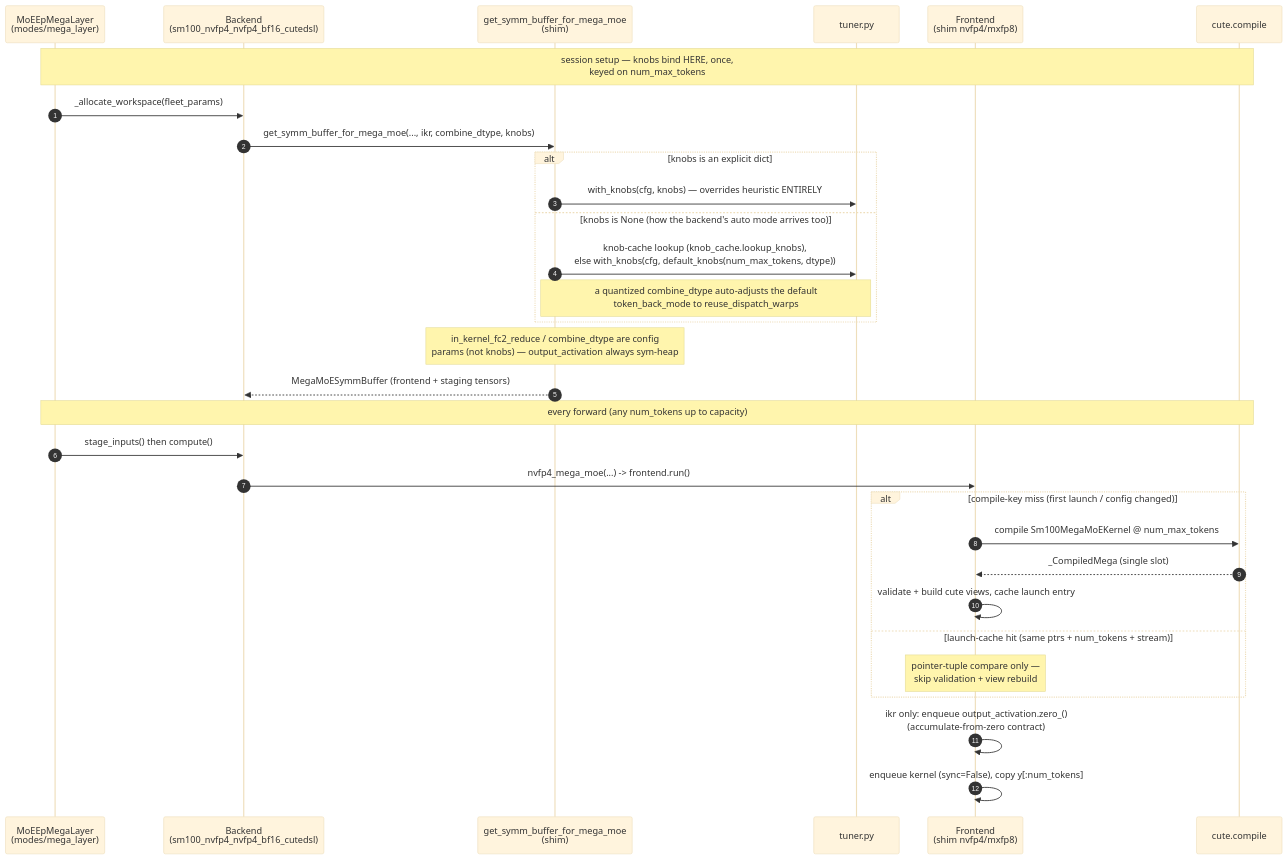
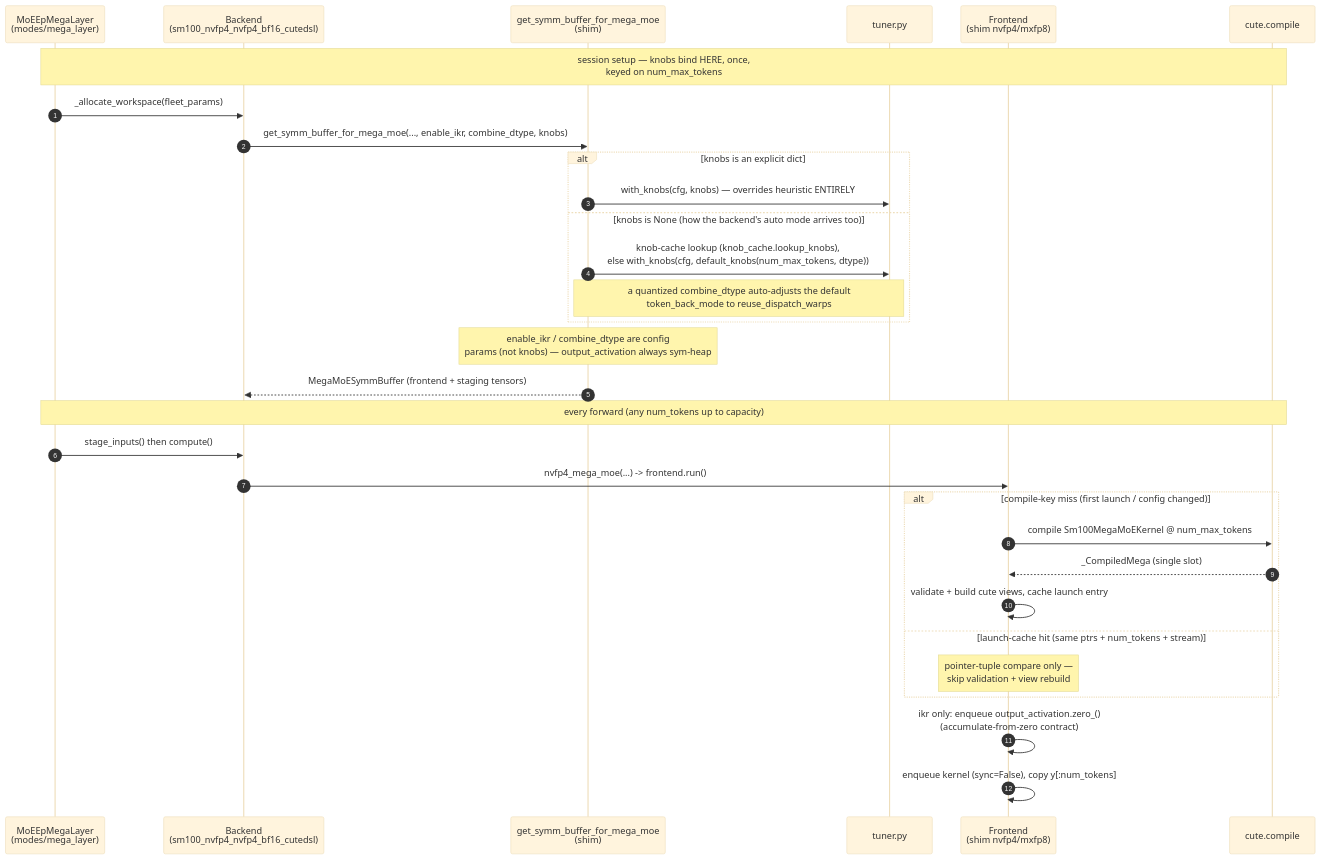
The first of 2 diagrams in flashinfer/moe_ep/kernel_src/cutedsl_megamoe/TUNING.md (flashinfer-ai/flashinfer), drawn with Mermaid (base theme) before and after one commit. The commit also changed other lines of this file and 42 other files, not shown here.

````diff
--- a/flashinfer/moe_ep/kernel_src/cutedsl_megamoe/TUNING.md
+++ b/flashinfer/moe_ep/kernel_src/cutedsl_megamoe/TUNING.md
@@ -396,35 +404,35 @@
 ```mermaid
 sequenceDiagram
     autonumber
     participant L as MoEEpMegaLayer<br/>(modes/mega_layer)
     participant B as Backend<br/>(sm100_nvfp4_nvfp4_bf16_cutedsl)
     participant S as get_symm_buffer_for_mega_moe<br/>(shim)
     participant T as tuner.py
     participant F as Frontend<br/>(shim nvfp4/mxfp8)
     participant C as cute.compile
 
     Note over L,C: session setup — knobs bind HERE, once,<br/>keyed on num_max_tokens
     L->>B: _allocate_workspace(fleet_params)
-    B->>S: get_symm_buffer_for_mega_moe(..., ikr, combine_dtype, knobs)
+    B->>S: get_symm_buffer_for_mega_moe(..., enable_ikr, combine_dtype, knobs)
     alt knobs is an explicit dict
         S->>T: with_knobs(cfg, knobs) — overrides heuristic ENTIRELY
     else knobs is None (how the backend's auto mode arrives too)
         S->>T: knob-cache lookup (knob_cache.lookup_knobs),<br/>else with_knobs(cfg, default_knobs(num_max_tokens, dtype))
         Note over S,T: a quantized combine_dtype auto-adjusts the default<br/>token_back_mode to reuse_dispatch_warps
     end
-    Note over S: in_kernel_fc2_reduce / combine_dtype are config<br/>params (not knobs) — output_activation always sym-heap
+    Note over S: enable_ikr / combine_dtype are config<br/>params (not knobs) — output_activation always sym-heap
     S-->>B: MegaMoESymmBuffer (frontend + staging tensors)
 
     Note over L,C: every forward (any num_tokens up to capacity)
     L->>B: stage_inputs() then compute()
     B->>F: nvfp4_mega_moe(...) -> frontend.run()
     alt compile-key miss (first launch / config changed)
         F->>C: compile Sm100MegaMoEKernel @ num_max_tokens
         C-->>F: _CompiledMega (single slot)
         F->>F: validate + build cute views, cache launch entry
     else launch-cache hit (same ptrs + num_tokens + stream)
         Note over F: pointer-tuple compare only —<br/>skip validation + view rebuild
     end
     F->>F: ikr only: enqueue output_activation.zero_()<br/>(accumulate-from-zero contract)
     F->>F: enqueue kernel (sync=False), copy y[:num_tokens]
 ```
````
